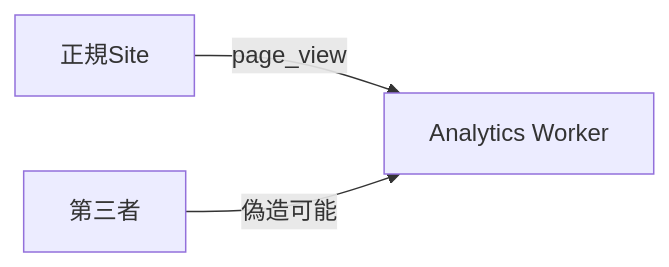
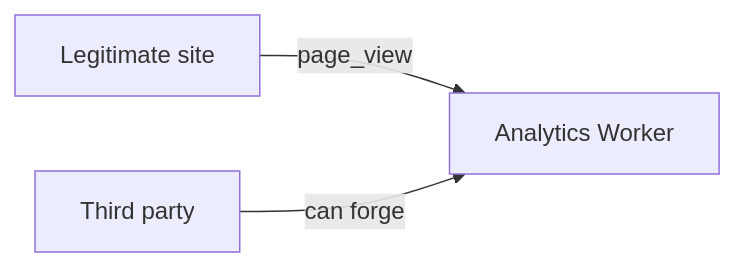
Before and after one commit to Rerurate514/riebeckite: the third of 5 diagrams in docs/docs/guides/analytics.md, drawn with Mermaid. The commit also changed other lines of this file and 604 other files, not shown here.

````diff
--- a/docs/docs/guides/analytics.md
+++ b/docs/docs/guides/analytics.md
@@ -578,9 +449,9 @@
-```mermaid id="1d65qg"
+```mermaid
 flowchart LR
-    Site["正規Site"]
-    Fake["第三者"]
+    Site["Legitimate site"]
+    Fake["Third party"]
     Worker["Analytics Worker"]
 
     Site -->|"page_view"| Worker
-    Fake -->|"偽造可能"| Worker
+    Fake -->|"can forge"| Worker
 ```
````
